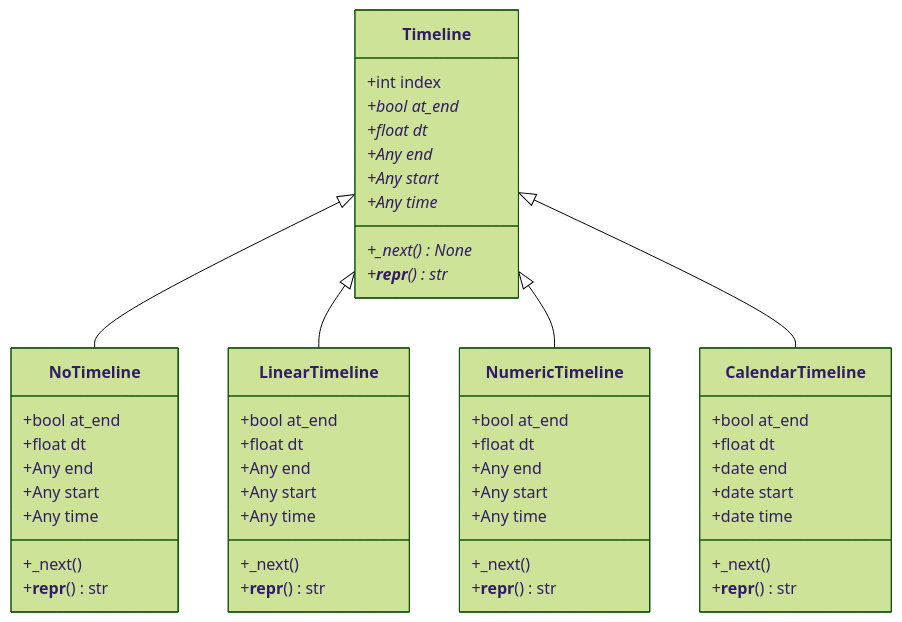
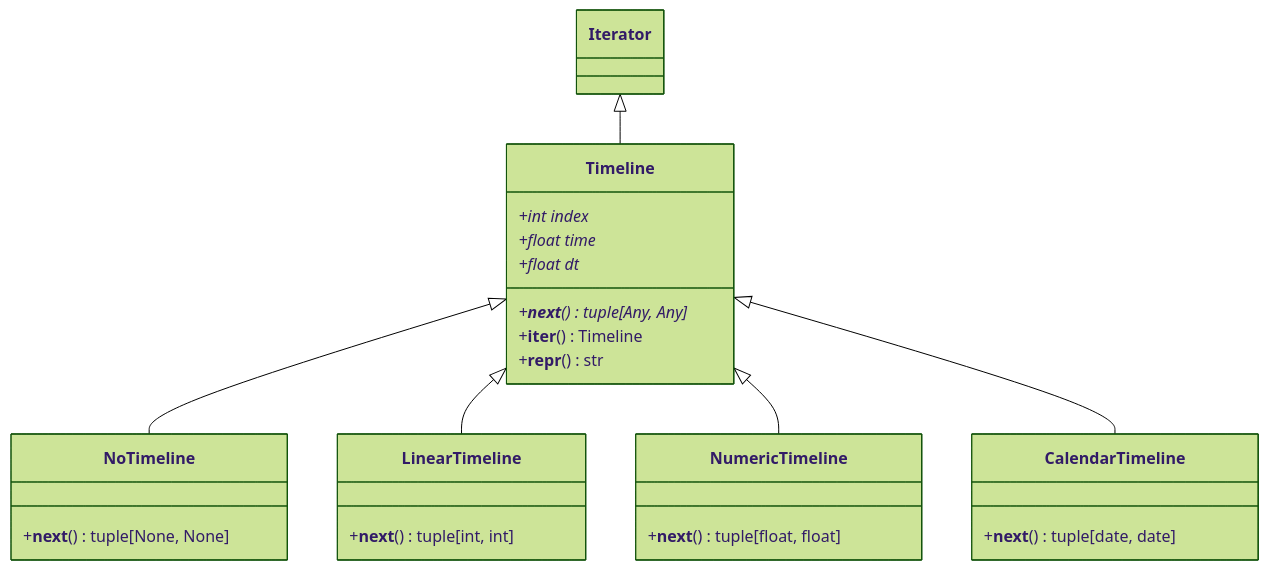
Before and after one commit to virgesmith/neworder: the diagram in docs/overview.md, drawn with Mermaid (forest theme). The commit also changed other lines of this file and 36 other files, not shown here.

First line of the commit message:
Timeline API v2: clock-like iterators with float time; implementations in Python

````diff
--- a/docs/overview.md
+++ b/docs/overview.md
@@ -40,58 +49,33 @@
 ``` mermaid
 classDiagram
+  Iterator <|-- Timeline
   Timeline <|-- NoTimeline
   Timeline <|-- LinearTimeline
   Timeline <|-- NumericTimeline
   Timeline <|-- CalendarTimeline
 
   class Timeline {
-    +int index
-    +bool at_end*
+    +int index*
+    +float time*
     +float dt*
-    +Any end*
-    +Any start*
-    +Any time*
-    +_next() None*
-    +__repr__() str*
+    +__next__() tuple[Any, Any]*
+    +__iter__() Timeline
+    +__repr__() str
   }
 
   class NoTimeline {
-    +bool at_end
-    +float dt
-    +Any end
-    +Any start
-    +Any time
-    +_next()
-    +__repr__() str
+    +__next__() tuple[None, None]
   }
 
   class LinearTimeline {
-    +bool at_end
-    +float dt
-    +Any end
-    +Any start
-    +Any time
-    +_next()
-    +__repr__() str
+    +__next__() tuple[int, int]
   }
 
   class NumericTimeline {
-    +bool at_end
-    +float dt
-    +Any end
-    +Any start
-    +Any time
-    +_next()
-    +__repr__() str
+    +__next__() tuple[float, float]
   }
 
   class CalendarTimeline {
-    +bool at_end
-    +float dt
-    +date end
-    +date start
-    +date time
-    +_next()
-    +__repr__() str
+    +__next__() tuple[date, date]
   }
 ```
````
